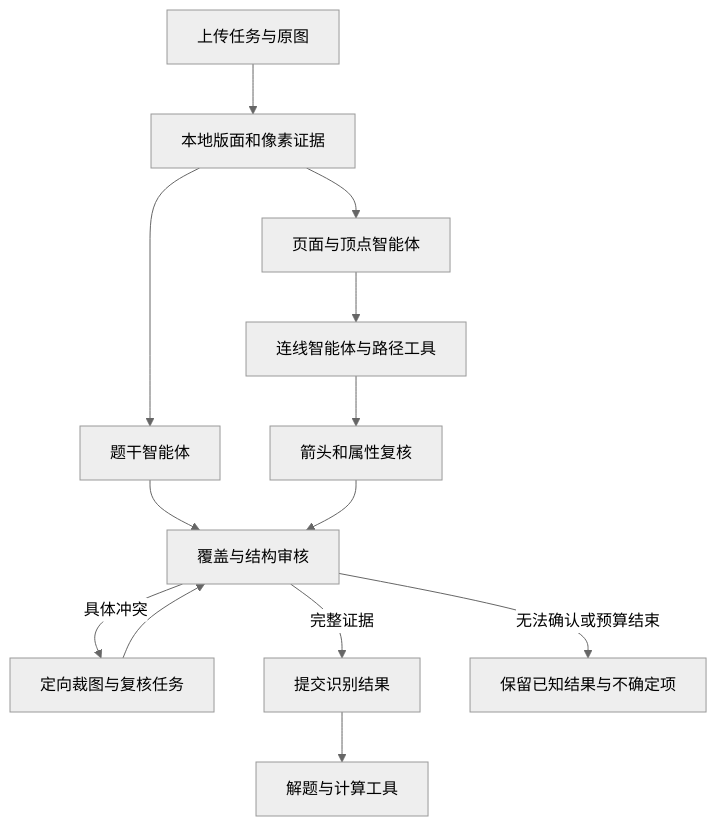
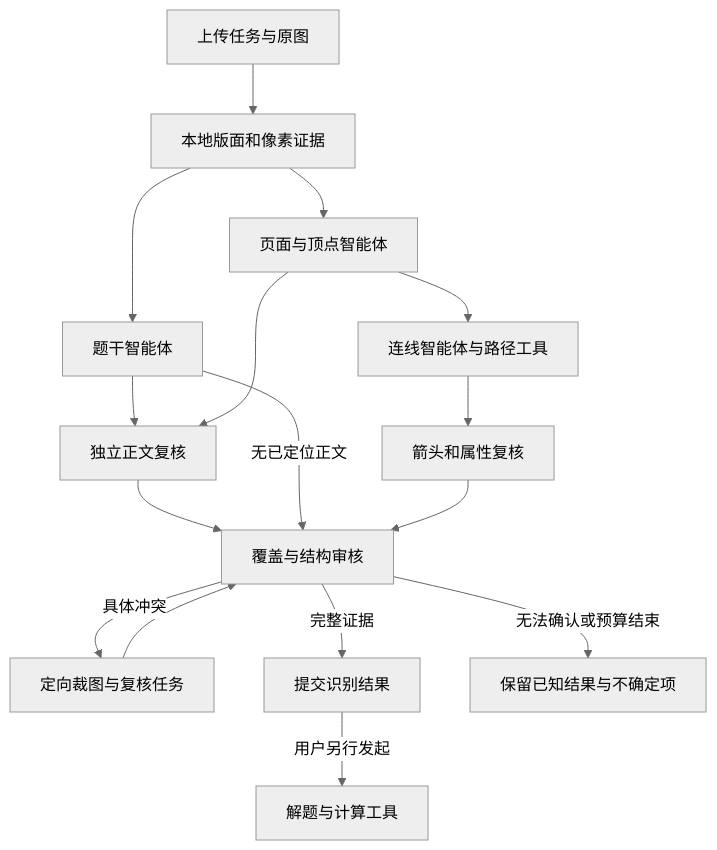
One commit to zm14744/DMate changed the diagram in docs/DMATE_TOOL_AGENT_ARCHITECTURE_20261026.md. Above: the diagram before and after it, drawn with Mermaid (neutral theme). The commit also changed other lines of this file and 14 other files, not shown here.

Commit message:
fix: bind graph evidence scopes and independently review body pixels

````diff
--- a/docs/DMATE_TOOL_AGENT_ARCHITECTURE_20261026.md
+++ b/docs/DMATE_TOOL_AGENT_ARCHITECTURE_20261026.md
@@ -203,15 +240,18 @@
 ```mermaid
 flowchart TD
     U[上传任务与原图] --> P[本地版面和像素证据]
     P --> N[页面与顶点智能体]
     P --> T[题干智能体]
     N --> E[连线智能体与路径工具]
     E --> A[箭头和属性复核]
-    T --> V[覆盖与结构审核]
+    T --> B[独立正文复核]
+    N --> B
+    B --> V[覆盖与结构审核]
+    T -->|无已定位正文| V
     A --> V
     V -->|具体冲突| R[定向裁图与复核任务]
     R --> V
     V -->|完整证据| F[提交识别结果]
     V -->|无法确认或预算结束| Q[保留已知结果与不确定项]
-    F --> S[解题与计算工具]
+    F -->|用户另行发起| S[解题与计算工具]
 ```
````
